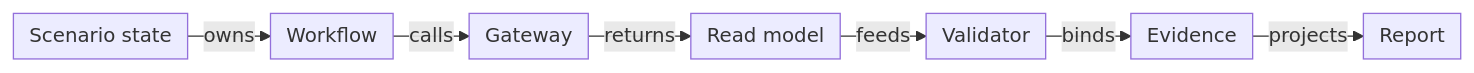
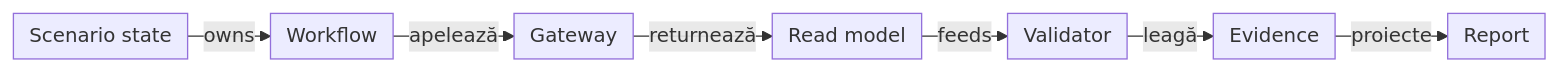
Before and after one commit to crististefanita/atf_j0: the second of 5 diagrams in docs/ATF_AI_Evaluation_Design.md, drawn with Mermaid. The commit also changed other lines of this file and 113 other files, not shown here.

````diff
--- a/docs/ATF_AI_Evaluation_Design.md
+++ b/docs/ATF_AI_Evaluation_Design.md
@@ -1297,10 +1363,10 @@
 ```mermaid
 %%{init: {"themeVariables":{"fontSize":"15px"},"themeCSS":".nodeLabel, .nodeLabel p { font-size: 15px !important; line-height: 1.35 !important; } .edgeLabel, .edgeLabel p { font-size: 12px !important; font-weight: 400 !important; line-height: 1.2 !important; } .edgeLabel .labelBkg, .edgeLabel p { background: transparent !important; } .edgeLabel foreignObject { transform: translateY(-18px); overflow: visible; } .node rect { rx: 6px; ry: 6px; }","flowchart":{"curve":"linear","nodeSpacing":24,"rankSpacing":24,"padding":6,"diagramPadding":20}}}%%
 flowchart LR
     Scenario["Scenario state"] -->|owns| Workflow["Workflow"]
-    Workflow -->|calls| Gateway["Gateway"]
-    Gateway -->|returns| ReadModel["Read model"]
+    Workflow -->|apelează| Gateway["Gateway"]
+    Gateway -->|returnează| ReadModel["Read model"]
     ReadModel -->|feeds| Validator["Validator"]
-    Validator -->|binds| Evidence["Evidence"]
-    Evidence -->|projects| Report["Report"]
+    Validator -->|leagă| Evidence["Evidence"]
+    Evidence -->|proiecte| Report["Report"]
 ```
````
